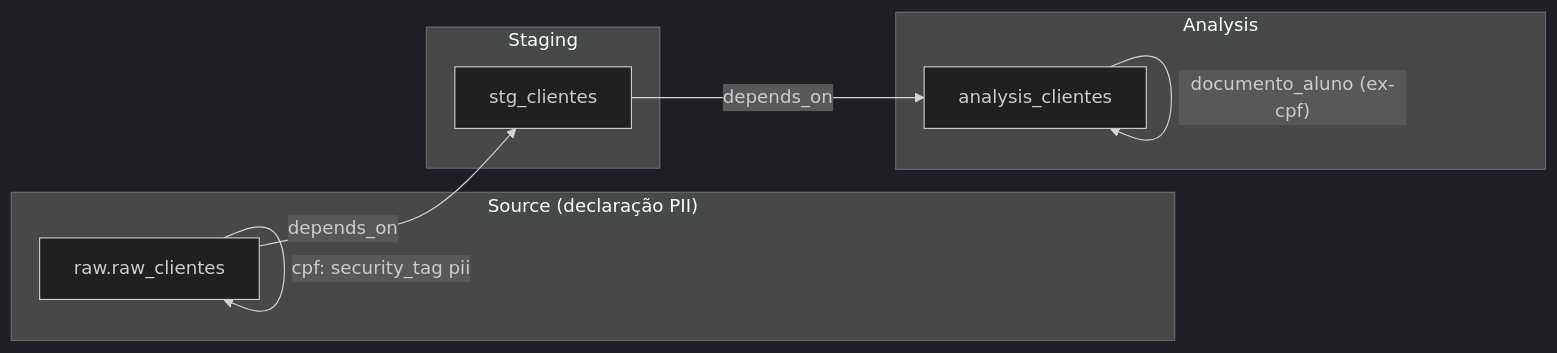
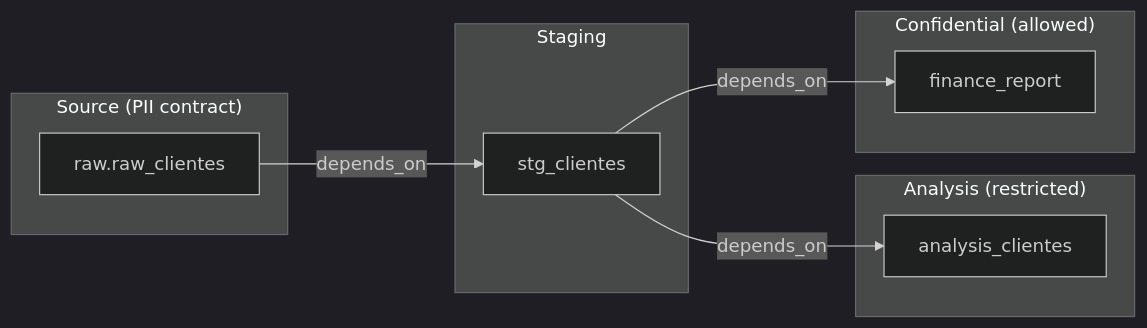
The fourth of 5 diagrams in docs/README.md (renatoprovi/dbt-guard), drawn with Mermaid (dark theme) before and after one commit. The commit also changed other lines of this file and 20 other files, not shown here.

````diff
--- a/docs/README.md
+++ b/docs/README.md
@@ -185,16 +168,18 @@
 ```mermaid
 flowchart LR
-    subgraph Source["Source (declaração PII)"]
+    subgraph Source["Source (PII contract)"]
         S[raw.raw_clientes]
-        S -->|cpf: security_tag pii| S
     end
     subgraph Staging
         ST[stg_clientes]
     end
-    subgraph Analysis
+    subgraph Analysis["Analysis (restricted)"]
         AN[analysis_clientes]
+    end
+    subgraph Confidential["Confidential (allowed)"]
+        CF[finance_report]
     end
     S -->|depends_on| ST
     ST -->|depends_on| AN
-    AN -->|"documento_aluno (ex-cpf)"| AN
+    ST -->|depends_on| CF
 ```
````
